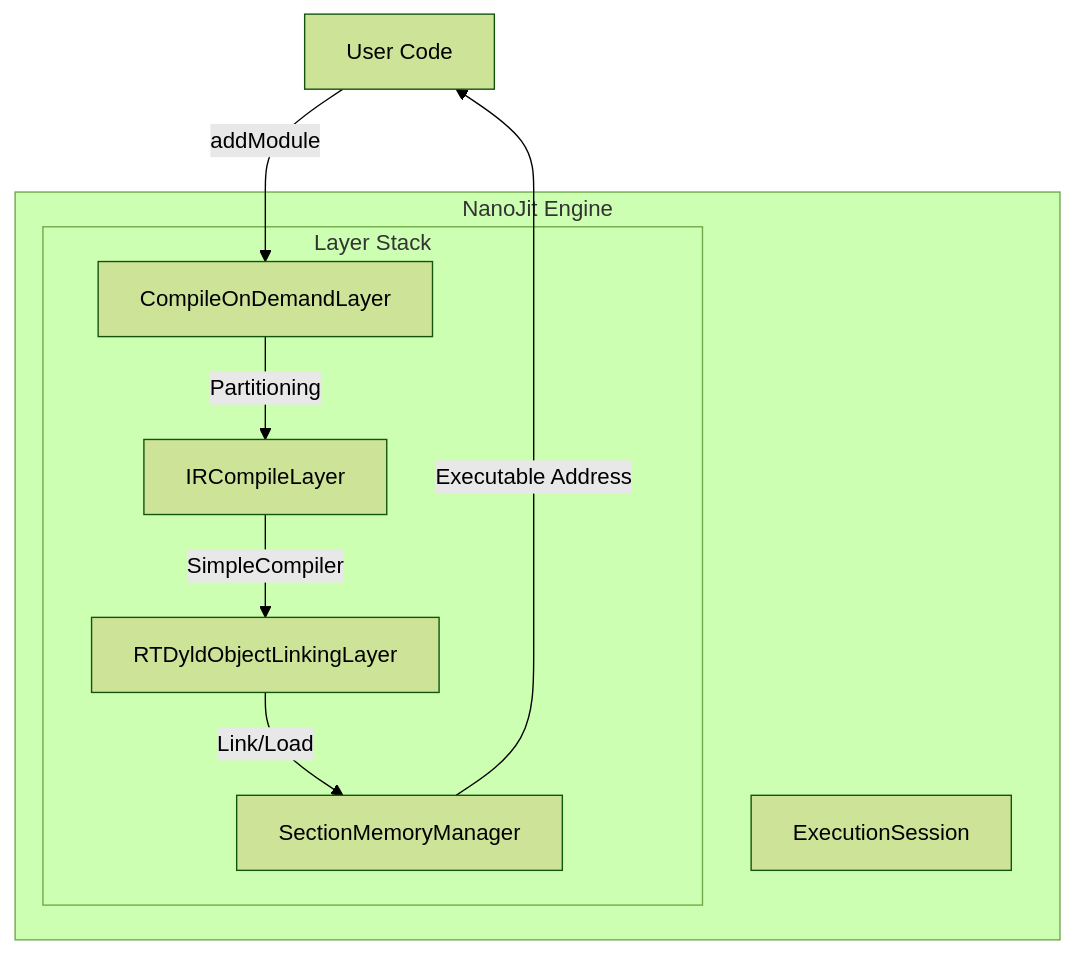
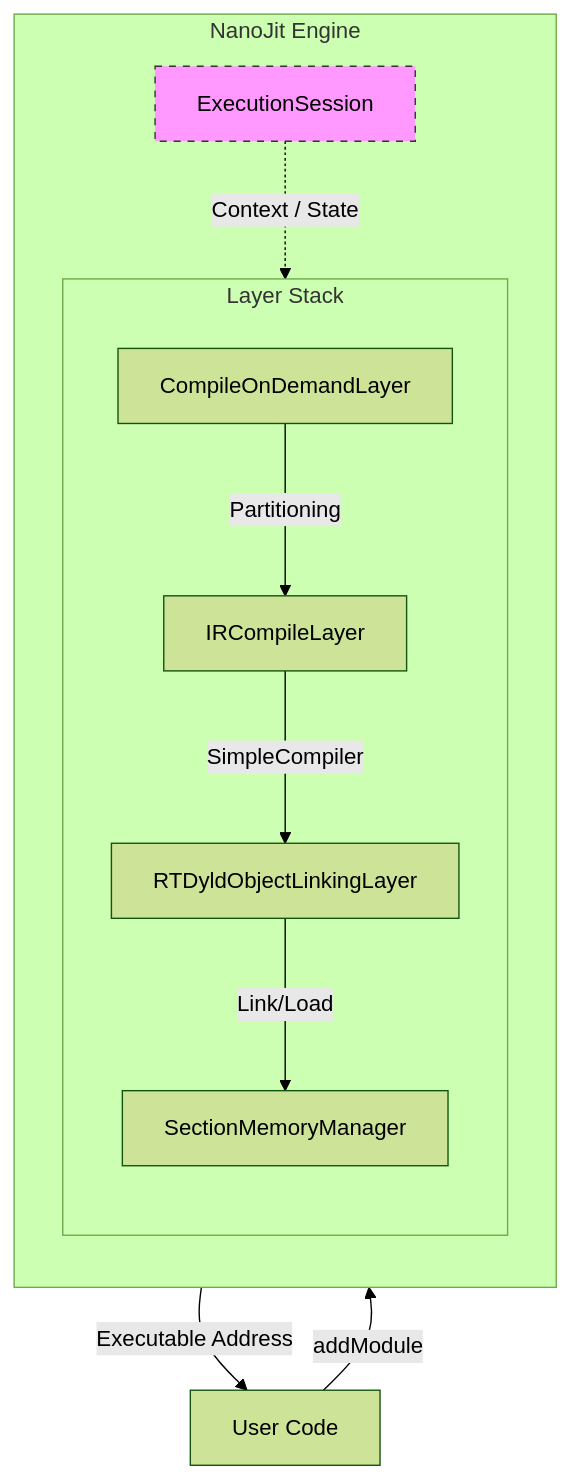
One commit to duanmeng/llvm-jit-demo changed the diagram in README.md. Above: the diagram before and after it, drawn with Mermaid (forest theme). The commit also changed other lines of this file and 4 other files, not shown here.

````diff
--- a/README.md
+++ b/README.md
@@ -20,14 +20,39 @@
 ```mermaid
 graph TD
-    User[User Code] -->|addModule| COD
-    subgraph NanoJit Engine
+    %% 1. 定义外部节点
+    User[User Code]
+
+    %% 2. 定义主引擎容器
+    subgraph Engine [NanoJit Engine]
+        direction TB
+        
+        %% 3. 定义 Session (上下文容器)
         ES[ExecutionSession]
-        subgraph Layer Stack
-            COD[CompileOnDemandLayer] -->|Partitioning| Compile
-            Compile[IRCompileLayer] -->|SimpleCompiler| Object
-            Object[RTDyldObjectLinkingLayer] -->|Link/Load| Mem[SectionMemoryManager]
+
+        %% 4. 定义层级栈
+        subgraph Stack [Layer Stack]
+            direction TB
+            COD[CompileOnDemandLayer]
+            IR[IRCompileLayer]
+            RT[RTDyldObjectLinkingLayer]
+            Mem[SectionMemoryManager]
+
+            %% 层级内部数据流 (实线)
+            COD -- Partitioning --> IR
+            IR -- SimpleCompiler --> RT
+            RT -- Link/Load --> Mem
         end
+
+        %% [关键修复] 添加虚线连接
+        %% 这条线表示 ES "管理" 或提供 "上下文" 给 Layer
+        %% 它的主要作用是把 ES 锚定在 Stack 旁边，不再孤立
+        ES -. Context / State .-> COD
     end
-    Mem -->|Executable Address| User
 
+    %% 5. 外部数据流
+    User -- addModule --> COD
+    Mem -- Executable Address --> User
+    
+    %% 6. 样式美化 (可选，让 ES 看起来不同)
+    style ES fill:#f9f,stroke:#333,stroke-dasharray: 5 5
 ```
````
